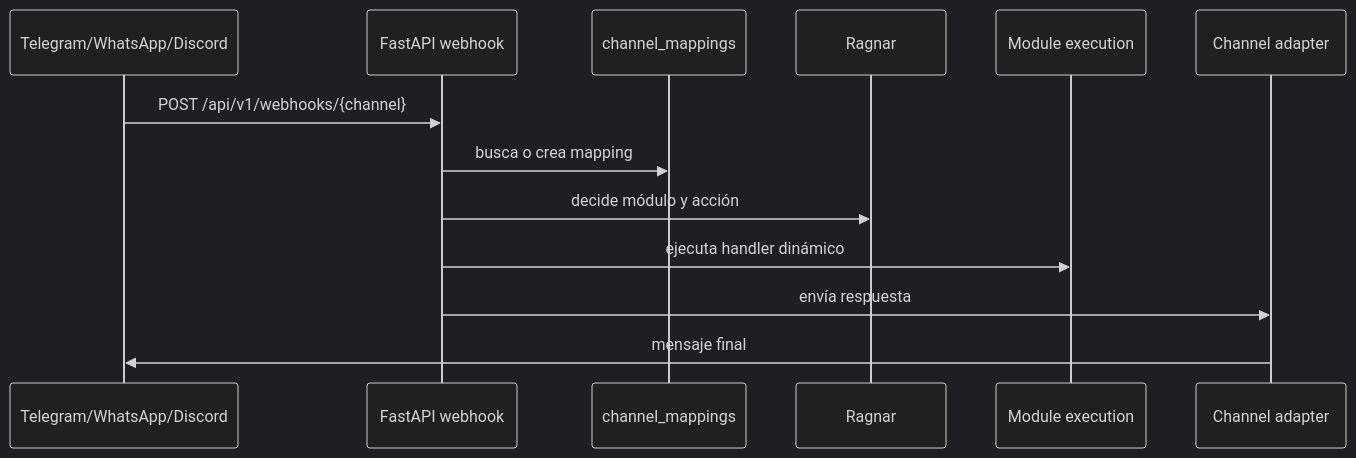
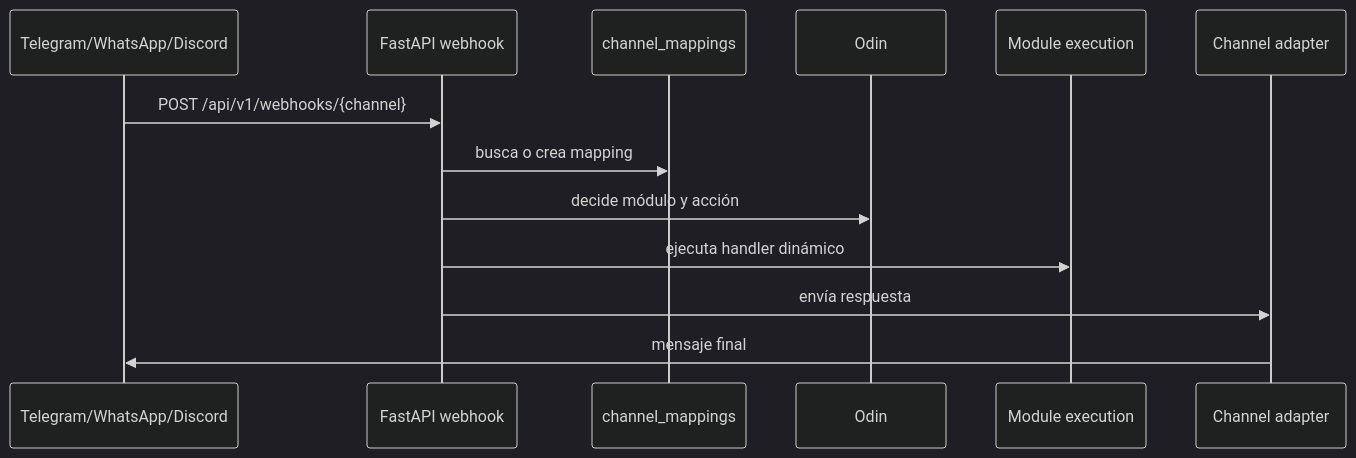
Before and after one commit to Jemadiar1/ai-platform: the third of 3 diagrams in docs/diagrams/fase-1-structure.md, drawn with Mermaid (dark theme). The commit also changed other lines of this file and 35 other files, not shown here.

````diff
--- a/docs/diagrams/fase-1-structure.md
+++ b/docs/diagrams/fase-1-structure.md
@@ -125,16 +125,16 @@
 ```mermaid
 sequenceDiagram
     participant Channel as Telegram/WhatsApp/Discord
     participant API as FastAPI webhook
     participant Map as channel_mappings
-    participant Ragnar
+    participant Odin
     participant Module as Module execution
     participant Adapter as Channel adapter
 
     Channel->>API: POST /api/v1/webhooks/{channel}
     API->>Map: busca o crea mapping
-    API->>Ragnar: decide módulo y acción
+    API->>Odin: decide módulo y acción
     API->>Module: ejecuta handler dinámico
     API->>Adapter: envía respuesta
     Adapter->>Channel: mensaje final
 ```
````
